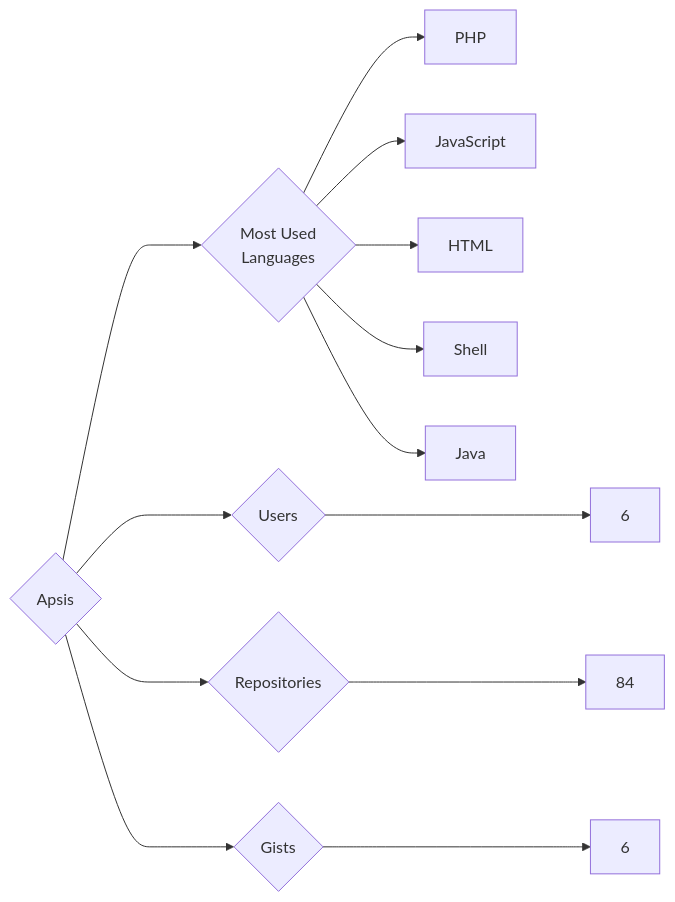
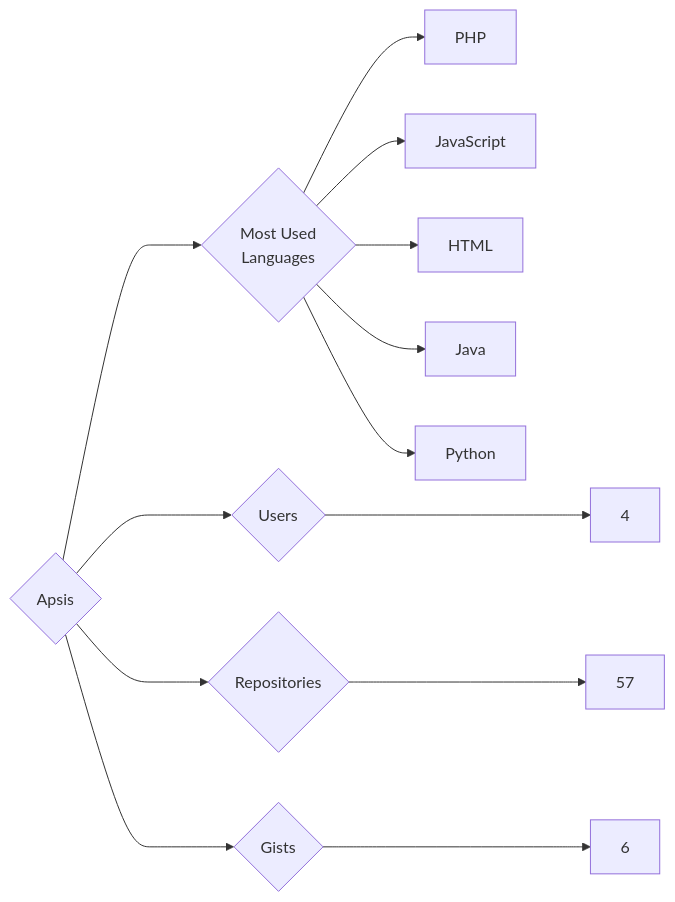
One commit to trickest/insiders changed the diagram in targets/Apsis/README.md. Above: the diagram before and after it, drawn with Mermaid. The commit also changed 1089 other files, not shown here.

````diff
--- a/targets/Apsis/README.md
+++ b/targets/Apsis/README.md
@@ -3,13 +3,13 @@
 ```mermaid
 graph LR
 COMPANY_NAME{Apsis}
-COMPANY_NAME ---> U{Users} ---> UN[6]
-COMPANY_NAME ---> R{Repositories} ---> RN[84]
+COMPANY_NAME ---> U{Users} ---> UN[4]
+COMPANY_NAME ---> R{Repositories} ---> RN[57]
 COMPANY_NAME ---> G{Gists} ---> GN[6]
 COMPANY_NAME ---> ML{Most Used<br>Languages}
 ML --> PHP[PHP]
 ML --> JavaScript[JavaScript]
 ML --> HTML[HTML]
-ML --> Shell[Shell]
 ML --> Java[Java]
+ML --> Python[Python]
 ```
````
